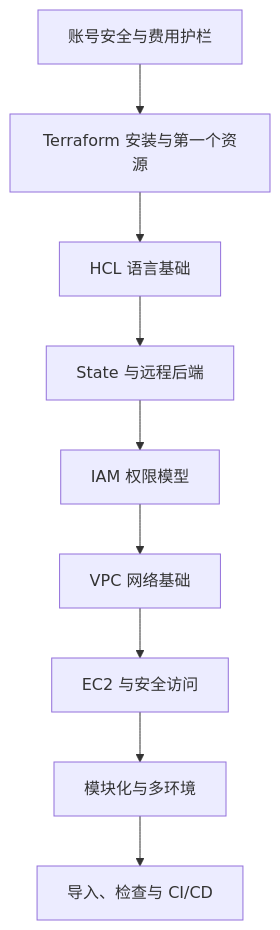
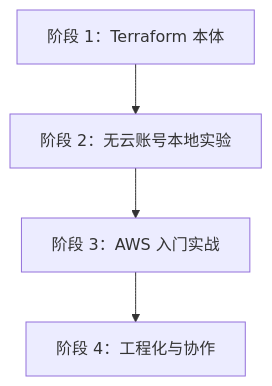
The second of 2 diagrams in content/posts/tech/terraform-aws-zero-to-production/01-account-bootstrap/index.md (LeopardStack/LeopardStack.github.io), drawn with Mermaid before and after one commit. The commit also changed other lines of this file and 1 other file, not shown here.

Commit message:
post: revise Terraform AWS series kickoff

````diff
--- a/content/posts/tech/terraform-aws-zero-to-production/01-account-bootstrap/index.md
+++ b/content/posts/tech/terraform-aws-zero-to-production/01-account-bootstrap/index.md
@@ -152,11 +148,6 @@
 ```mermaid
 flowchart TB
-    A["账号安全与费用护栏"] --> B["Terraform 安装与第一个资源"]
-    B --> C["HCL 语言基础"]
-    C --> D["State 与远程后端"]
-    D --> E["IAM 权限模型"]
-    E --> F["VPC 网络基础"]
-    F --> G["EC2 与安全访问"]
-    G --> H["模块化与多环境"]
-    H --> I["导入、检查与 CI/CD"]
+    A["阶段 1：Terraform 本体"] --> B["阶段 2：无云账号本地实验"]
+    B --> C["阶段 3：AWS 入门实战"]
+    C --> D["阶段 4：工程化与协作"]
 ```
````
